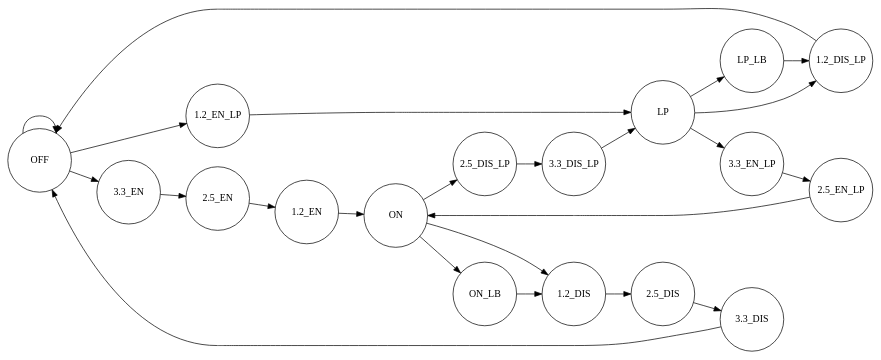
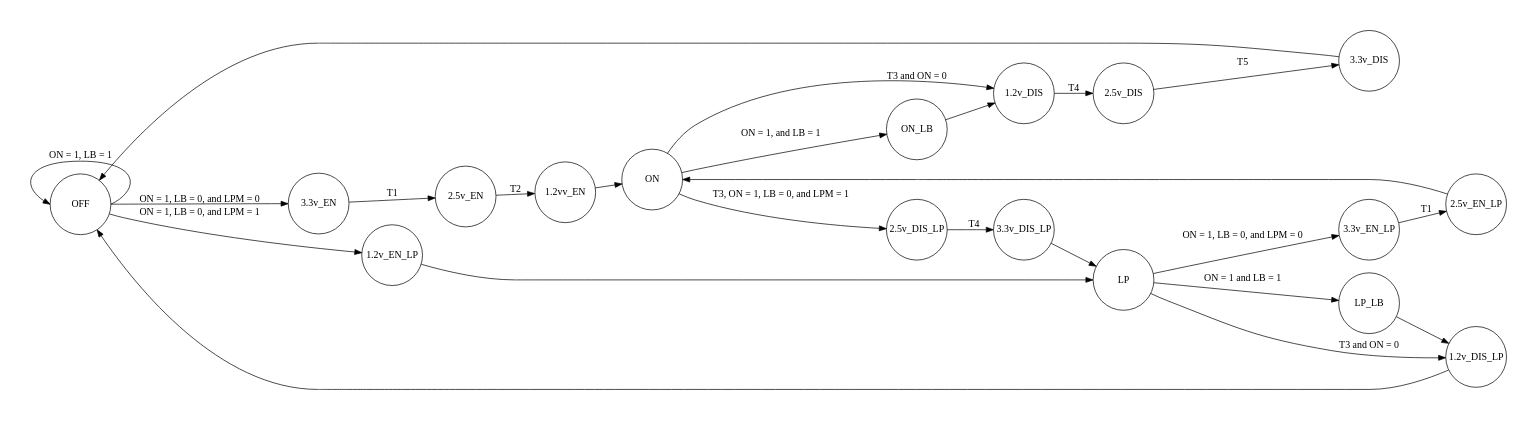
One commit to dan-olsen/ECE428 changed the diagram in Lab 2/lab2_fsm.dot. Above: the diagram before and after it, drawn with Graphviz. The commit also changed 1 other file, not shown here.

```diff
--- a/Lab 2/lab2_fsm.dot
+++ b/Lab 2/lab2_fsm.dot
@@ -1,45 +1,48 @@
 digraph finite_state_machine {
+	pad=0.5;
 	rankdir=LR;
-	node [shape = circle, fixedsize = true, width = "1.25", height = "1.25"];
-	OFF -> OFF [label = ""];
-	OFF -> EN_33 [label = ""];
-	OFF -> EN_12_LP [label = ""];
-	EN_12_LP -> LP [label = ""];
-	LP -> EN_33_LP [label = ""];
-	LP -> DIS_12_LP [label = ""];
-	EN_33 -> EN_25 [label = ""];
-	EN_25 -> EN_12 [label = ""];
-	EN_12 -> ON [label = ""];
-	ON -> DIS_12 [label = ""];
-	DIS_33 -> OFF [label = ""];
-	DIS_25 -> DIS_33 [label = ""];
-	DIS_12 -> DIS_25 [label = ""];
-	ON -> ON_LB [label = ""];
-	ON_LB -> DIS_12 [label = ""];
-	LP -> LP_LB [label = ""];
-	EN_33_LP -> EN_25_LP [label = ""];
-	EN_25_LP -> ON [label = ""];
-	ON -> DIS_25_LP [label = ""];
-	DIS_33_LP -> LP [label = ""];
-	DIS_25_LP -> DIS_33_LP [label = ""];
-	DIS_12_LP -> OFF [label = ""];
-	LP_LB -> DIS_12_LP [label = ""];
+	node [shape = circle, fixedsize = true, width = "1.2v5", height = "1.2v5"];
+	//EMPTY [style = invis];
+	//EMPTY -> OFF [style = invis];
+	OFF:e -> OFF:w [label = "ON = 1, LB = 1"];
+	OFF -> EN_33 [label = "ON = 1, LB = 0, and LPM = 0"];
+	OFF -> EN_12_LP [label = "ON = 1, LB = 0, and LPM = 1"];
+	EN_12_LP -> LP;
+	LP -> EN_33_LP [label = "ON = 1, LB = 0, and LPM = 0"];
+	LP -> DIS_12_LP [label = "T3 and ON = 0"];
+	EN_33 -> EN_25 [label = "T1"];
+	EN_25 -> EN_12 [label = "T2"];
+	EN_12 -> ON;
+	ON -> DIS_12 [label = "T3 and ON = 0"];
+	DIS_33 -> OFF;
+	DIS_25 -> DIS_33 [label = "T5"];
+	DIS_12 -> DIS_25 [label = "T4"];
+	ON -> ON_LB [label = "ON = 1, and LB = 1"];
+	ON_LB -> DIS_12;
+	LP -> LP_LB [label = "ON = 1 and LB = 1"];
+	EN_33_LP -> EN_25_LP [label = "T1"];
+	EN_25_LP -> ON;
+	ON -> DIS_25_LP [label = "T3, ON = 1, LB = 0, and LPM = 1"];
+	DIS_33_LP -> LP;
+	DIS_25_LP -> DIS_33_LP [label = "T4"];
+	DIS_12_LP -> OFF;
+	LP_LB -> DIS_12_LP;
 
 	OFF  [label = "OFF"];
-	EN_33 [label = "3.3_EN"];
-	EN_25 [label = "2.5_EN"];
-	EN_12 [label = "1.2_EN"];
+	EN_33 [label = "3.3v_EN"];
+	EN_25 [label = "2.5v_EN"];
+	EN_12 [label = "1.2vv_EN"];
 	ON [label = "ON"];
 	ON_LB [label = "ON_LB"];
-	DIS_33 [label = "3.3_DIS"];
-	DIS_25 [label = "2.5_DIS"];
-	DIS_12 [label = "1.2_DIS"];
-	EN_12_LP [label = "1.2_EN_LP"];
+	DIS_33 [label = "3.3v_DIS"];
+	DIS_25 [label = "2.5v_DIS"];
+	DIS_12 [label = "1.2v_DIS"];
+	EN_12_LP [label = "1.2v_EN_LP"];
 	LP [label = "LP"];
 	LP_LB [label = "LP_LB"];
-	EN_33_LP [label = "3.3_EN_LP"];
-	EN_25_LP [label = "2.5_EN_LP"];
-	DIS_33_LP [label = "3.3_DIS_LP"];
-	DIS_25_LP [label = "2.5_DIS_LP"];
-	DIS_12_LP [label = "1.2_DIS_LP"];
+	EN_33_LP [label = "3.3v_EN_LP"];
+	EN_25_LP [label = "2.5v_EN_LP"];
+	DIS_33_LP [label = "3.3v_DIS_LP"];
+	DIS_25_LP [label = "2.5v_DIS_LP"];
+	DIS_12_LP [label = "1.2v_DIS_LP"];
 }
```
